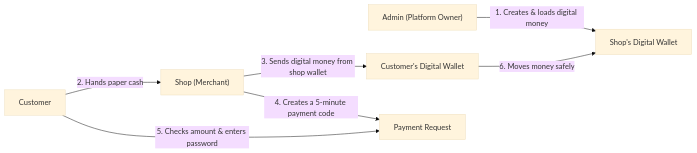
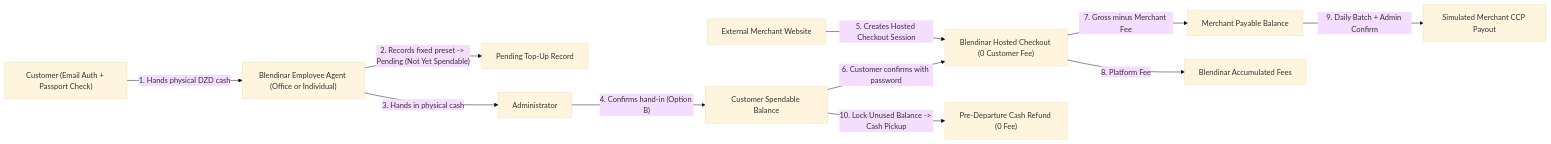
One commit to lyna-asma/project1-dtc changed the third of 3 diagrams in docs/README.md. Above: the diagram before and after it, drawn with Mermaid (base theme). The commit also changed other lines of this file and 19 other files, not shown here.

Commit message:
docs: align Blendinar v1 product plan, 9-milestone backlog, ADRs, and visual diagrams

````diff
--- a/docs/README.md
+++ b/docs/README.md
@@ -30,9 +74,13 @@
 ```mermaid
 flowchart LR
-    Admin["Admin (Platform Owner)"] -->|1. Creates & loads digital money| ShopWallet["Shop's Digital Wallet"]
-    Customer["Customer"] -->|2. Hands paper cash| Merchant["Shop (Merchant)"]
-    Merchant -->|3. Sends digital money from shop wallet| CustomerWallet["Customer's Digital Wallet"]
-    Merchant -->|4. Creates a 5-minute payment code| PayReq["Payment Request"]
-    Customer -->|5. Checks amount & enters password| PayReq
-    CustomerWallet -->|6. Moves money safely| ShopWallet
+    Customer["Customer (Email Auth + Passport Check)"] -->|"1. Hands physical DZD cash"| Agent["Blendinar Employee Agent (Office or Individual)"]
+    Agent -->|"2. Records fixed preset -> Pending (Not Yet Spendable)"| PendingTopUp["Pending Top-Up Record"]
+    Agent -->|"3. Hands in physical cash"| Admin["Administrator"]
+    Admin -->|"4. Confirms hand-in (Option B)"| Spendable["Customer Spendable Balance"]
+    MerchantSite["External Merchant Website"] -->|"5. Creates Hosted Checkout Session"| HostedCheckout["Blendinar Hosted Checkout (0 Customer Fee)"]
+    Spendable -->|"6. Customer confirms with password"| HostedCheckout
+    HostedCheckout -->|"7. Gross minus Merchant Fee"| MerchantPayable["Merchant Payable Balance"]
+    HostedCheckout -->|"8. Platform Fee"| FeeAcct["Blendinar Accumulated Fees"]
+    MerchantPayable -->|"9. Daily Batch + Admin Confirm"| CCPPayout["Simulated Merchant CCP Payout"]
+    Spendable -->|"10. Lock Unused Balance -> Cash Pickup"| RefundCash["Pre-Departure Cash Refund (0 Fee)"]
 ```
````
